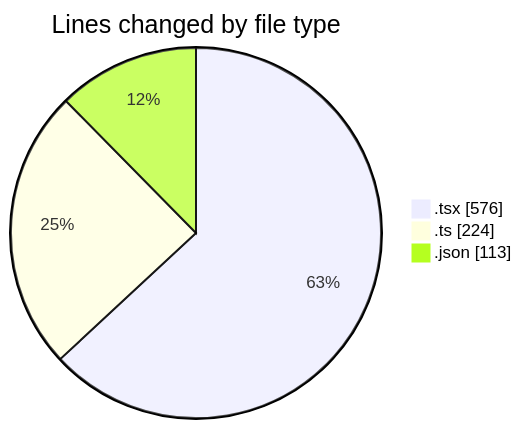
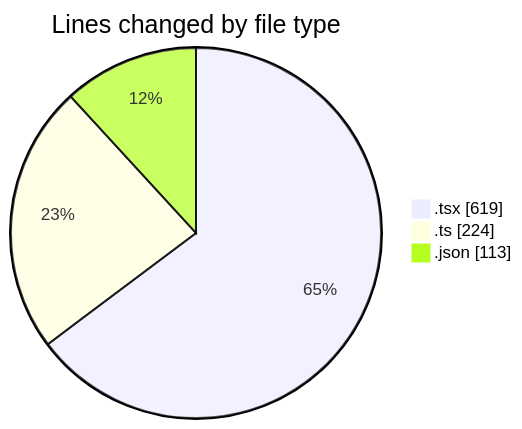
The first of 2 diagrams in 2025-02-23/pdf-analysis-app/README.md (momahboobian/code-tracking), drawn with Mermaid before and after one commit. The commit also changed other lines of this file and 1 other file, not shown here.

````diff
--- a/2025-02-23/pdf-analysis-app/README.md
+++ b/2025-02-23/pdf-analysis-app/README.md
@@ -29,7 +29,7 @@
 ```mermaid
 pie showData
 title Lines changed by file type
-".tsx" : 576
+".tsx" : 619
 ".ts" : 224
 ".json" : 113
 ```
````
